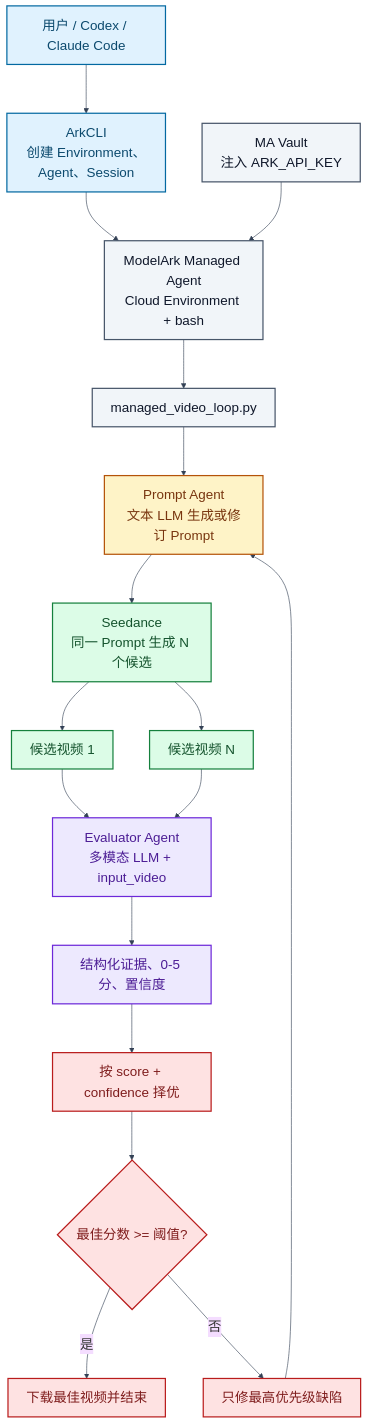
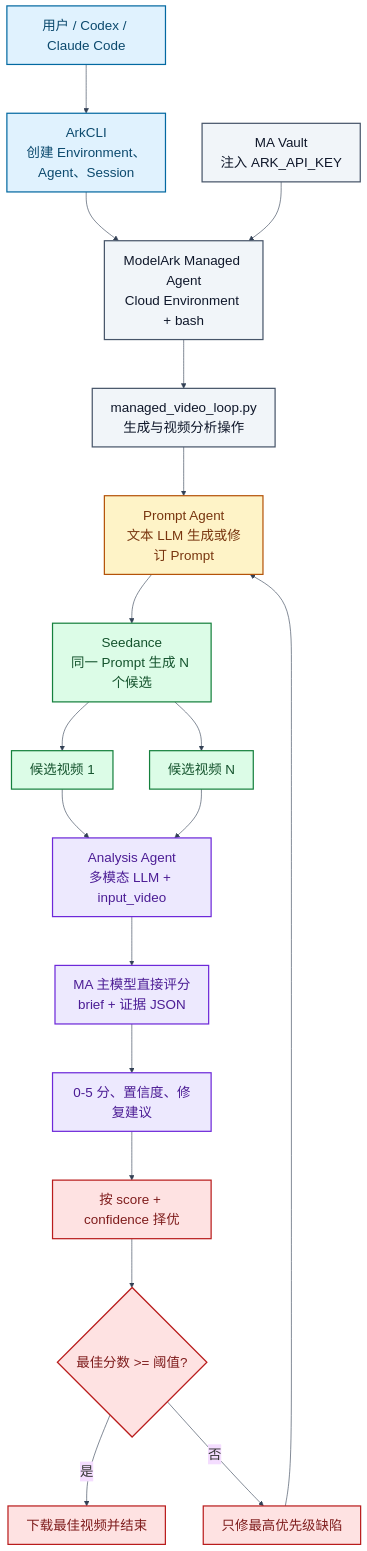
Before and after one commit to xieyongliang/promptpilot-seedance-managed-loop: the diagram in docs/guide.zh-CN.md, drawn with Mermaid. The commit also changed other lines of this file and 6 other files, not shown here.

````diff
--- a/docs/guide.zh-CN.md
+++ b/docs/guide.zh-CN.md
@@ -11,34 +11,35 @@
 ```mermaid
 %%{init: {"theme": "base", "themeVariables": {"fontSize": "22px", "fontFamily": "Arial, sans-serif", "lineColor": "#334155"}, "flowchart": {"nodeSpacing": 60, "rankSpacing": 80, "curve": "basis"}}}%%
 flowchart TB
     U["用户 / Codex / Claude Code"] --> CLI["ArkCLI<br/>创建 Environment、Agent、Session"]
     CLI --> MA["ModelArk Managed Agent<br/>Cloud Environment + bash"]
     VAULT["MA Vault<br/>注入 ARK_API_KEY"] --> MA
 
-    MA --> RUNNER["managed_video_loop.py"]
+    MA --> RUNNER["managed_video_loop.py<br/>生成与视频分析操作"]
     RUNNER --> PA["Prompt Agent<br/>文本 LLM 生成或修订 Prompt"]
     PA --> SD["Seedance<br/>同一 Prompt 生成 N 个候选"]
     SD --> C1["候选视频 1"]
     SD --> C2["候选视频 N"]
-    C1 --> EA["Evaluator Agent<br/>多模态 LLM + input_video"]
+    C1 --> EA["Analysis Agent<br/>多模态 LLM + input_video"]
     C2 --> EA
-    EA --> SCORE["结构化证据、0-5 分、置信度"]
+    EA --> EV["MA 主模型直接评分<br/>brief + 证据 JSON"]
+    EV --> SCORE["0-5 分、置信度、修复建议"]
     SCORE --> BEST["按 score + confidence 择优"]
     BEST --> CHECK{"最佳分数 >= 阈值?"}
     CHECK -->|"是"| DONE["下载最佳视频并结束"]
     CHECK -->|"否"| FIX["只修最高优先级缺陷"]
     FIX --> PA
 
     classDef entry fill:#e0f2fe,stroke:#0369a1,stroke-width:2px,color:#0c4a6e;
     classDef control fill:#f1f5f9,stroke:#475569,stroke-width:2px,color:#0f172a;
     classDef prompt fill:#fef3c7,stroke:#b45309,stroke-width:2px,color:#78350f;
     classDef video fill:#dcfce7,stroke:#15803d,stroke-width:2px,color:#14532d;
     classDef eval fill:#ede9fe,stroke:#6d28d9,stroke-width:2px,color:#4c1d95;
     classDef decision fill:#fee2e2,stroke:#b91c1c,stroke-width:2px,color:#7f1d1d;
     class U,CLI entry;
     class MA,VAULT,RUNNER control;
     class PA prompt;
     class SD,C1,C2 video;
-    class EA,SCORE eval;
+    class EA,EV,SCORE eval;
     class BEST,CHECK,FIX,DONE decision;
 ```
````
